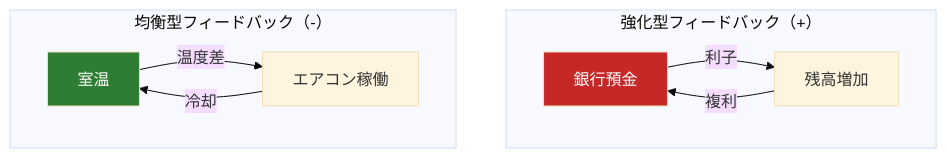
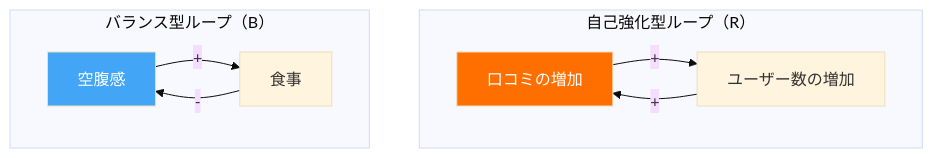
The second of 6 diagrams in docs/books/03-social-transformation/ch04-systems-thinking.md (Hide-nu/Designer-curriculum), drawn with Mermaid (base theme) before and after one commit. The commit also changed other lines of this file and 13 other files, not shown here.

````diff
--- a/docs/books/03-social-transformation/ch04-systems-thinking.md
+++ b/docs/books/03-social-transformation/ch04-systems-thinking.md
@@ -37,15 +46,13 @@
 ```mermaid
 graph TD
-    subgraph "強化型フィードバック（+）"
-        A[銀行預金] -->|利子| B[残高増加]
-        B -->|複利| A
+    subgraph "自己強化型ループ（R）"
+        A[口コミの増加] -->|+| B[ユーザー数の増加]
+        B -->|+| A
     end
-
-    subgraph "均衡型フィードバック（-）"
-        C[室温] -->|温度差| D[エアコン稼働]
-        D -->|冷却| C
+    subgraph "バランス型ループ（B）"
+        C[空腹感] -->|+| D[食事]
+        D -->|-| C
     end
-
-    style A fill:#c62828,color:#fff
-    style C fill:#2e7d32,color:#fff
+    style A fill:#ff6f00,color:#fff
+    style C fill:#42a5f5,color:#fff
 ```
````
